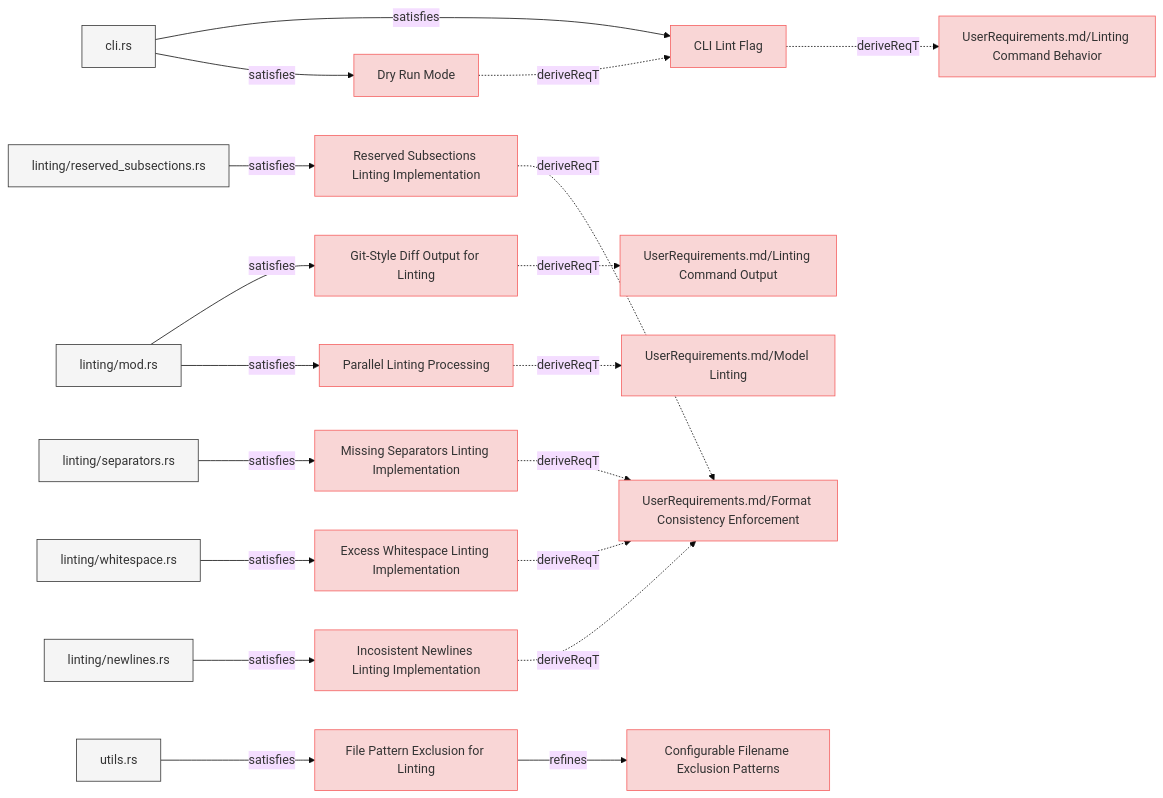
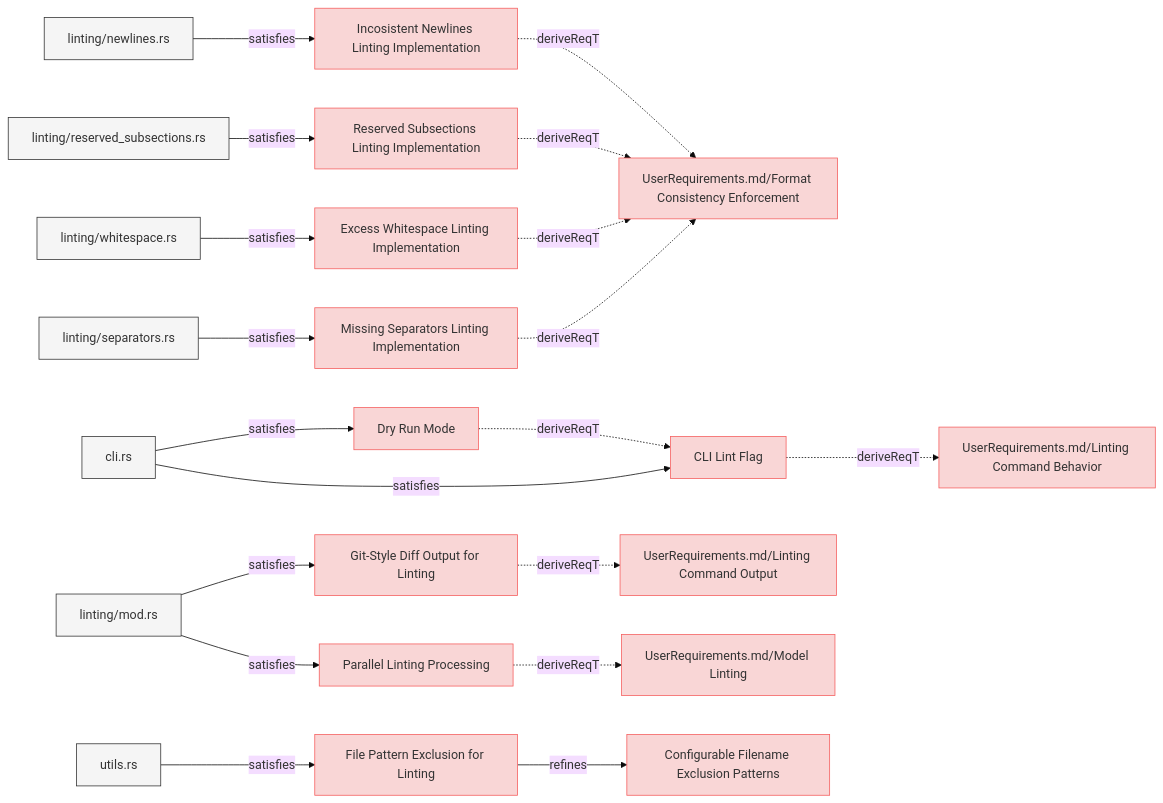
The first of 8 diagrams in specifications/SystemRequirements/Requirements.md (reqvire-org/reqvire), drawn with Mermaid (base theme) before and after one commit. The commit also changed other lines of this file and 17 other files, not shown here.

First line of the commit message:
Enhance diagram links with stable git repository URLs

````diff
--- a/specifications/SystemRequirements/Requirements.md
+++ b/specifications/SystemRequirements/Requirements.md
@@ -9,85 +9,85 @@
   classDef externalLink fill:#d0e0ff,stroke:#3080ff,stroke-width:1px;
   classDef default fill:#f5f5f5,stroke:#333333,stroke-width:1px;
 
+  f98ae394dbbde42c["Incosistent Newlines Linting Implementation"];
+  click f98ae394dbbde42c "https://github.com/ilijaljubicic/ReqFlow/blob/a94231473c9a4a56fe21608ebd13787e0cc3f2dc/specifications/SystemRequirements/Requirements.md#incosistent-newlines-linting-implementation";
+  class f98ae394dbbde42c requirement;
+  81758bdb22a3329d["UserRequirements.md/Format Consistency Enforcement"];
+  class 81758bdb22a3329d requirement;
+  click 81758bdb22a3329d "https://github.com/ilijaljubicic/ReqFlow/blob/a94231473c9a4a56fe21608ebd13787e0cc3f2dc/specifications/UserRequirements.md#format-consistency-enforcement";
+  f98ae394dbbde42c -.->|deriveReqT| 81758bdb22a3329d;
+  b52472a7ccc9c395["linting/newlines.rs"];
+  class b52472a7ccc9c395 default;
+  click b52472a7ccc9c395 "https://github.com/ilijaljubicic/ReqFlow/blob/a94231473c9a4a56fe21608ebd13787e0cc3f2dc/core/src/linting/newlines.rs";
+  b52472a7ccc9c395 -->|satisfies| f98ae394dbbde42c;
+  193cd6463891423e["Reserved Subsections Linting Implementation"];
+  click 193cd6463891423e "https://github.com/ilijaljubicic/ReqFlow/blob/a94231473c9a4a56fe21608ebd13787e0cc3f2dc/specifications/SystemRequirements/Requirements.md#reserved-subsections-linting-implementation";
+  class 193cd6463891423e requirement;
+  193cd6463891423e -.->|deriveReqT| 81758bdb22a3329d;
+  3aaafb0eaf60961c["linting/reserved_subsections.rs"];
+  class 3aaafb0eaf60961c default;
+  click 3aaafb0eaf60961c "https://github.com/ilijaljubicic/ReqFlow/blob/a94231473c9a4a56fe21608ebd13787e0cc3f2dc/core/src/linting/indentation.rs";
+  3aaafb0eaf60961c -->|satisfies| 193cd6463891423e;
   63f1cd4974cbf62["Git-Style Diff Output for Linting"];
-  click 63f1cd4974cbf62 "Requirements.md#git-style-diff-output-for-linting";
+  click 63f1cd4974cbf62 "https://github.com/ilijaljubicic/ReqFlow/blob/a94231473c9a4a56fe21608ebd13787e0cc3f2dc/specifications/SystemRequirements/Requirements.md#git-style-diff-output-for-linting";
   class 63f1cd4974cbf62 requirement;
   808b1863c88b26c4["UserRequirements.md/Linting Command Output"];
   class 808b1863c88b26c4 requirement;
-  click 808b1863c88b26c4 "../UserRequirements.md#linting-command-output";
+  click 808b1863c88b26c4 "https://github.com/ilijaljubicic/ReqFlow/blob/a94231473c9a4a56fe21608ebd13787e0cc3f2dc/specifications/UserRequirements.md#linting-command-output";
   63f1cd4974cbf62 -.->|deriveReqT| 808b1863c88b26c4;
   8b47697e4e9fce62["linting/mod.rs"];
   class 8b47697e4e9fce62 default;
-  click 8b47697e4e9fce62 "../../core/src/linting/mod.rs";
+  click 8b47697e4e9fce62 "https://github.com/ilijaljubicic/ReqFlow/blob/a94231473c9a4a56fe21608ebd13787e0cc3f2dc/core/src/linting/mod.rs";
   8b47697e4e9fce62 -->|satisfies| 63f1cd4974cbf62;
+  8f2198f681f63fea["Dry Run Mode"];
+  click 8f2198f681f63fea "https://github.com/ilijaljubicic/ReqFlow/blob/a94231473c9a4a56fe21608ebd13787e0cc3f2dc/specifications/SystemRequirements/Requirements.md#dry-run-mode";
+  class 8f2198f681f63fea requirement;
   fffbb227966be4f2["CLI Lint Flag"];
-  click fffbb227966be4f2 "Requirements.md#cli-lint-flag";
   class fffbb227966be4f2 requirement;
-  887a7d36caacab2b["UserRequirements.md/Linting Command Behavior"];
-  class 887a7d36caacab2b requirement;
-  click 887a7d36caacab2b "../UserRequirements.md#linting-command";
-  fffbb227966be4f2 -.->|deriveReqT| 887a7d36caacab2b;
+  click fffbb227966be4f2 "https://github.com/ilijaljubicic/ReqFlow/blob/a94231473c9a4a56fe21608ebd13787e0cc3f2dc/specifications/SystemRequirements/Requirements.md#cli-lint-flag";
+  8f2198f681f63fea -.->|deriveReqT| fffbb227966be4f2;
   11ffc4632afd7c4c["cli.rs"];
   class 11ffc4632afd7c4c default;
-  click 11ffc4632afd7c4c "../../cli/src/cli.rs";
-  11ffc4632afd7c4c -->|satisfies| fffbb227966be4f2;
-  8f2198f681f63fea["Dry Run Mode"];
-  click 8f2198f681f63fea "Requirements.md#dry-run-mode";
-  class 8f2198f681f63fea requirement;
-  8f2198f681f63fea -.->|deriveReqT| fffbb227966be4f2;
+  click 11ffc4632afd7c4c "https://github.com/ilijaljubicic/ReqFlow/blob/a94231473c9a4a56fe21608ebd13787e0cc3f2dc/cli/src/cli.rs";
   11ffc4632afd7c4c -->|satisfies| 8f2198f681f63fea;
-  193cd6463891423e["Reserved Subsections Linting Implementation"];
-  click 193cd6463891423e "Requirements.md#reserved-subsections-linting-implementation";
-  class 193cd6463891423e requirement;
-  81758bdb22a3329d["UserRequirements.md/Format Consistency Enforcement"];
-  class 81758bdb22a3329d requirement;
-  click 81758bdb22a3329d "../UserRequirements.md#format-consistency-enforcement";
-  193cd6463891423e -.->|deriveReqT| 81758bdb22a3329d;
-  3aaafb0eaf60961c["linting/reserved_subsections.rs"];
-  class 3aaafb0eaf60961c default;
-  click 3aaafb0eaf60961c "../../core/src/linting/indentation.rs";
-  3aaafb0eaf60961c -->|satisfies| 193cd6463891423e;
   45770e9b319d3819["File Pattern Exclusion for Linting"];
-  click 45770e9b319d3819 "Requirements.md#file-pattern-exclusion-for-linting";
+  click 45770e9b319d3819 "https://github.com/ilijaljubicic/ReqFlow/blob/a94231473c9a4a56fe21608ebd13787e0cc3f2dc/specifications/SystemRequirements/Requirements.md#file-pattern-exclusion-for-linting";
   class 45770e9b319d3819 requirement;
   cc8128cae305b29d["Configurable Filename Exclusion Patterns"];
   class cc8128cae305b29d requirement;
-  click cc8128cae305b29d "Requirements.md#configurable-filename-exclusion-patterns";
+  click cc8128cae305b29d "https://github.com/ilijaljubicic/ReqFlow/blob/a94231473c9a4a56fe21608ebd13787e0cc3f2dc/specifications/SystemRequirements/Requirements.md#configurable-filename-exclusion-patterns";
   45770e9b319d3819 -->|refines| cc8128cae305b29d;
   3189923c3f5e2124["utils.rs"];
   class 3189923c3f5e2124 default;
-  click 3189923c3f5e2124 "../../core/src/utils.rs";
+  click 3189923c3f5e2124 "https://github.com/ilijaljubicic/ReqFlow/blob/a94231473c9a4a56fe21608ebd13787e0cc3f2dc/core/src/utils.rs";
   3189923c3f5e2124 -->|satisfies| 45770e9b319d3819;
+  66aa36deca421516["Parallel Linting Processing"];
+  click 66aa36deca421516 "https://github.com/ilijaljubicic/ReqFlow/blob/a94231473c9a4a56fe21608ebd13787e0cc3f2dc/specifications/SystemRequirements/Requirements.md#parallel-linting-processing";
+  class 66aa36deca421516 requirement;
+  103ddb8dc3242215["UserRequirements.md/Model Linting"];
+  class 103ddb8dc3242215 requirement;
+  click 103ddb8dc3242215 "https://github.com/ilijaljubicic/ReqFlow/blob/a94231473c9a4a56fe21608ebd13787e0cc3f2dc/specifications/UserRequirements.md#model-linting";
+  66aa36deca421516 -.->|deriveReqT| 103ddb8dc3242215;
+  8b47697e4e9fce62 -->|satisfies| 66aa36deca421516;
+  3f3d3f9ccb15029a["Excess Whitespace Linting Implementation"];
+  click 3f3d3f9ccb15029a "https://github.com/ilijaljubicic/ReqFlow/blob/a94231473c9a4a56fe21608ebd13787e0cc3f2dc/specifications/SystemRequirements/Requirements.md#excess-whitespace-linting-implementation";
+  class 3f3d3f9ccb15029a requirement;
+  3f3d3f9ccb15029a -.->|deriveReqT| 81758bdb22a3329d;
+  bb06efd0b85636ec["linting/whitespace.rs"];
+  class bb06efd0b85636ec default;
+  click bb06efd0b85636ec "https://github.com/ilijaljubicic/ReqFlow/blob/a94231473c9a4a56fe21608ebd13787e0cc3f2dc/core/src/linting/whitespace.rs";
+  bb06efd0b85636ec -->|satisfies| 3f3d3f9ccb15029a;
+  887a7d36caacab2b["UserRequirements.md/Linting Command Behavior"];
+  class 887a7d36caacab2b requirement;
+  click 887a7d36caacab2b "https://github.com/ilijaljubicic/ReqFlow/blob/a94231473c9a4a56fe21608ebd13787e0cc3f2dc/specifications/UserRequirements.md#linting-command";
+  fffbb227966be4f2 -.->|deriveReqT| 887a7d36caacab2b;
+  11ffc4632afd7c4c -->|satisfies| fffbb227966be4f2;
   dd0846393d037337["Missing Separators Linting Implementation"];
-  click dd0846393d037337 "Requirements.md#missing-separators-linting-implementation";
+  click dd0846393d037337 "https://github.com/ilijaljubicic/ReqFlow/blob/a94231473c9a4a56fe21608ebd13787e0cc3f2dc/specifications/SystemRequirements/Requirements.md#missing-separators-linting-implementation";
   class dd0846393d037337 requirement;
   dd0846393d037337 -.->|deriveReqT| 81758bdb22a3329d;
   9abe404e42ed3086["linting/separators.rs"];
   class 9abe404e42ed3086 default;
-  click 9abe404e42ed3086 "../../core/src/linting/separators.rs";
+  click 9abe404e42ed3086 "https://github.com/ilijaljubicic/ReqFlow/blob/a94231473c9a4a56fe21608ebd13787e0cc3f2dc/core/src/linting/separators.rs";
   9abe404e42ed3086 -->|satisfies| dd0846393d037337;
-  3f3d3f9ccb15029a["Excess Whitespace Linting Implementation"];
-  click 3f3d3f9ccb15029a "Requirements.md#excess-whitespace-linting-implementation";
-  class 3f3d3f9ccb15029a requirement;
-  3f3d3f9ccb15029a -.->|deriveReqT| 81758bdb22a3329d;
-  bb06efd0b85636ec["linting/whitespace.rs"];
-  class bb06efd0b85636ec default;
-  click bb06efd0b85636ec "../../core/src/linting/whitespace.rs";
-  bb06efd0b85636ec -->|satisfies| 3f3d3f9ccb15029a;
-  f98ae394dbbde42c["Incosistent Newlines Linting Implementation"];
-  click f98ae394dbbde42c "Requirements.md#incosistent-newlines-linting-implementation";
-  class f98ae394dbbde42c requirement;
-  f98ae394dbbde42c -.->|deriveReqT| 81758bdb22a3329d;
-  b52472a7ccc9c395["linting/newlines.rs"];
-  class b52472a7ccc9c395 default;
-  click b52472a7ccc9c395 "../../core/src/linting/newlines.rs";
-  b52472a7ccc9c395 -->|satisfies| f98ae394dbbde42c;
-  66aa36deca421516["Parallel Linting Processing"];
-  click 66aa36deca421516 "Requirements.md#parallel-linting-processing";
-  class 66aa36deca421516 requirement;
-  103ddb8dc3242215["UserRequirements.md/Model Linting"];
-  class 103ddb8dc3242215 requirement;
-  click 103ddb8dc3242215 "../UserRequirements.md#model-linting";
-  66aa36deca421516 -.->|deriveReqT| 103ddb8dc3242215;
-  8b47697e4e9fce62 -->|satisfies| 66aa36deca421516;
 ```
````
